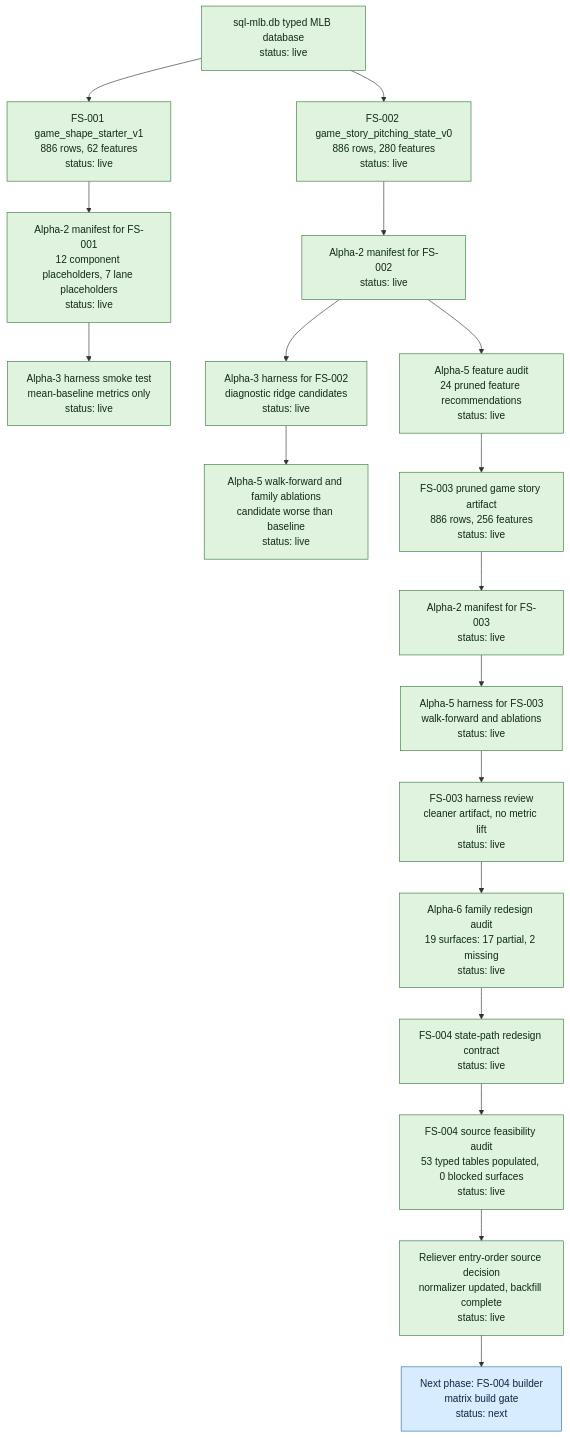
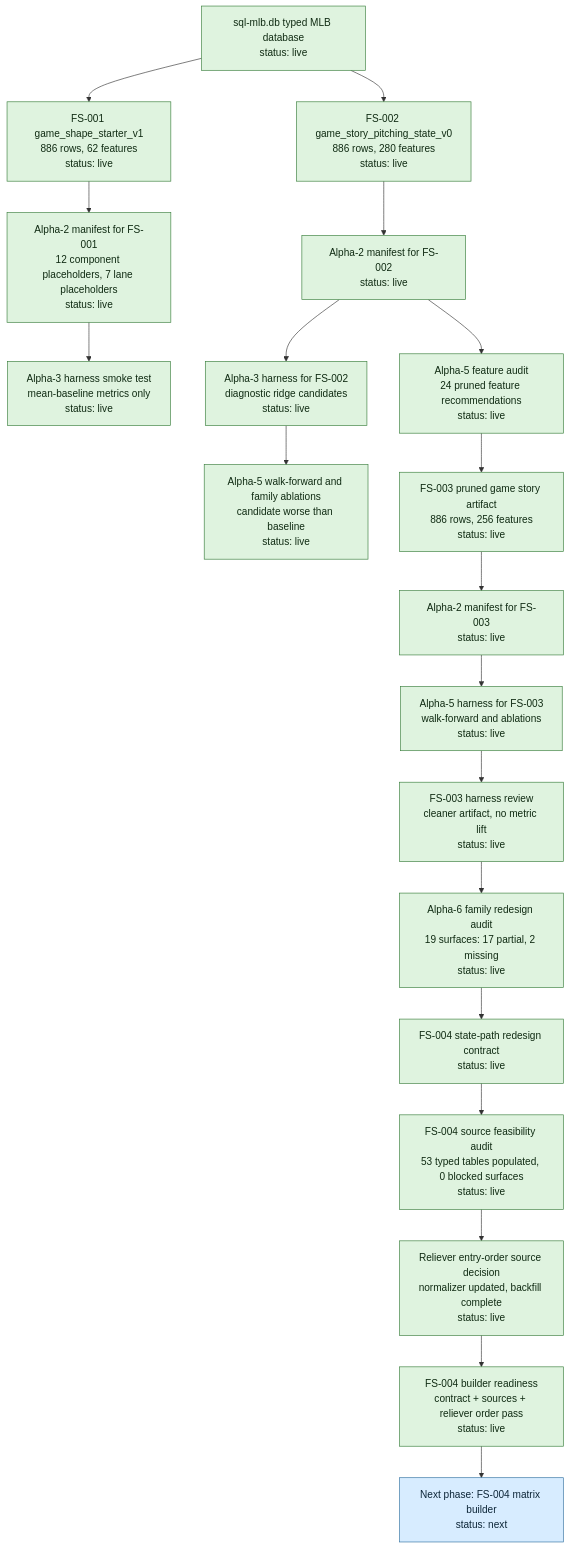
The first of 4 diagrams in run-plans/mlb/2026-06-03-mlb-m3-alpha-state-progress.md (jiancchen/SlateAi), drawn with Mermaid before and after one commit. The commit also changed other lines of this file and 5 other files, not shown here.

First line of the commit message:
Add FS-004 builder readiness gate

````diff
--- a/run-plans/mlb/2026-06-03-mlb-m3-alpha-state-progress.md
+++ b/run-plans/mlb/2026-06-03-mlb-m3-alpha-state-progress.md
@@ -50,31 +51,32 @@
 ```mermaid
 flowchart TD
   SQL["sql-mlb.db typed MLB database<br/>status: live"] --> FS001["FS-001 game_shape_starter_v1<br/>886 rows, 62 features<br/>status: live"]
   SQL --> FS002["FS-002 game_story_pitching_state_v0<br/>886 rows, 280 features<br/>status: live"]
 
   FS001 --> M001["Alpha-2 manifest for FS-001<br/>12 component placeholders, 7 lane placeholders<br/>status: live"]
   M001 --> H001["Alpha-3 harness smoke test<br/>mean-baseline metrics only<br/>status: live"]
 
   FS002 --> M002["Alpha-2 manifest for FS-002<br/>status: live"]
   M002 --> H002["Alpha-3 harness for FS-002<br/>diagnostic ridge candidates<br/>status: live"]
   M002 --> A002["Alpha-5 feature audit<br/>24 pruned feature recommendations<br/>status: live"]
   H002 --> WF002["Alpha-5 walk-forward and family ablations<br/>candidate worse than baseline<br/>status: live"]
 
   A002 --> FS003["FS-003 pruned game story artifact<br/>886 rows, 256 features<br/>status: live"]
   FS003 --> M003["Alpha-2 manifest for FS-003<br/>status: live"]
   M003 --> H003["Alpha-5 harness for FS-003<br/>walk-forward and ablations<br/>status: live"]
   H003 --> R003["FS-003 harness review<br/>cleaner artifact, no metric lift<br/>status: live"]
 
   R003 --> A6["Alpha-6 family redesign audit<br/>19 surfaces: 17 partial, 2 missing<br/>status: live"]
   A6 --> C004["FS-004 state-path redesign contract<br/>status: live"]
   C004 --> S004["FS-004 source feasibility audit<br/>53 typed tables populated, 0 blocked surfaces<br/>status: live"]
   S004 --> D004["Reliever entry-order source decision<br/>normalizer updated, backfill complete<br/>status: live"]
-  D004 --> NEXT["Next phase: FS-004 builder<br/>matrix build gate<br/>status: next"]
+  D004 --> BR004["FS-004 builder readiness<br/>contract + sources + reliever order pass<br/>status: live"]
+  BR004 --> NEXT["Next phase: FS-004 matrix builder<br/>status: next"]
 
   classDef live fill:#dff3df,stroke:#367c39,color:#102b13;
   classDef partial fill:#fff2c2,stroke:#927000,color:#332800;
   classDef next fill:#d7ecff,stroke:#2f6f9f,color:#0d2638;
 
-  class SQL,FS001,FS002,M001,H001,M002,H002,A002,WF002,FS003,M003,H003,R003,A6,C004,S004,D004 live;
+  class SQL,FS001,FS002,M001,H001,M002,H002,A002,WF002,FS003,M003,H003,R003,A6,C004,S004,D004,BR004 live;
   class NEXT next;
 ```
````
